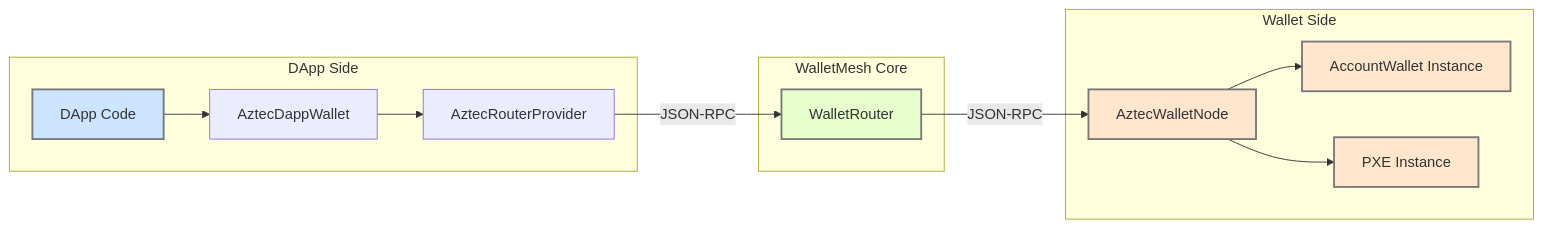
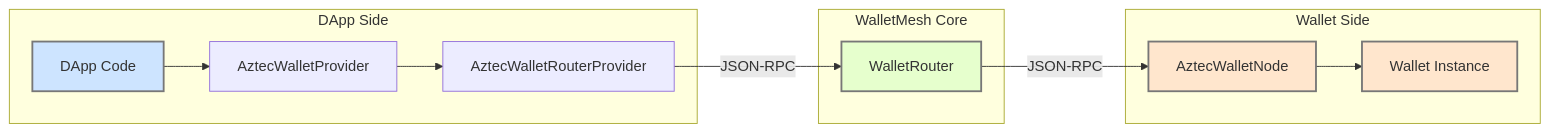
The diagram in aztec/rpc-wallet/README.md (WalletMesh/walletmesh-packages), drawn with Mermaid before and after one commit. The commit also changed other lines of this file and 11 other files, not shown here.

````diff
--- a/aztec/rpc-wallet/README.md
+++ b/aztec/rpc-wallet/README.md
@@ -11,23 +11,21 @@
 ```mermaid
 graph LR
     subgraph DApp Side
-        DApp[DApp Code] --> AztecDappWallet[AztecDappWallet]
-        AztecDappWallet --> AztecRouterProvider[AztecRouterProvider]
+        DApp[DApp Code] --> AztecWalletProvider[AztecWalletProvider]
+        AztecWalletProvider --> AztecWalletRouterProvider[AztecWalletRouterProvider]
     end
 
     subgraph WalletMesh Core
-        AztecRouterProvider -- JSON-RPC --> WalletRouter[WalletRouter]
+        AztecWalletRouterProvider -- JSON-RPC --> WalletRouter[WalletRouter]
     end
 
     subgraph Wallet Side
         WalletRouter -- JSON-RPC --> AztecWalletNode[AztecWalletNode]
-        AztecWalletNode --> AccountWallet[AccountWallet Instance]
-        AztecWalletNode --> PXE[PXE Instance]
+        AztecWalletNode --> Wallet[Wallet Instance]
     end
 
     style DApp fill:#cde4ff,stroke:#777,stroke-width:2px
     style WalletRouter fill:#e6ffcd,stroke:#777,stroke-width:2px
     style AztecWalletNode fill:#ffe6cd,stroke:#777,stroke-width:2px
-    style AccountWallet fill:#ffe6cd,stroke:#777,stroke-width:2px
-    style PXE fill:#ffe6cd,stroke:#777,stroke-width:2px
+    style Wallet fill:#ffe6cd,stroke:#777,stroke-width:2px
 ```
````
